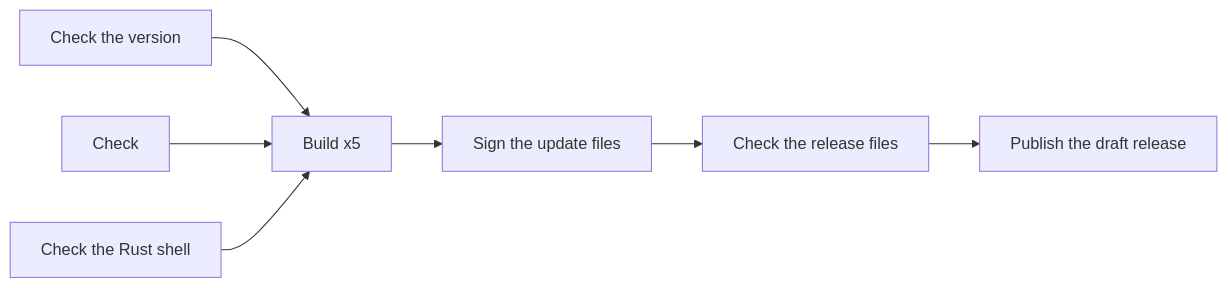
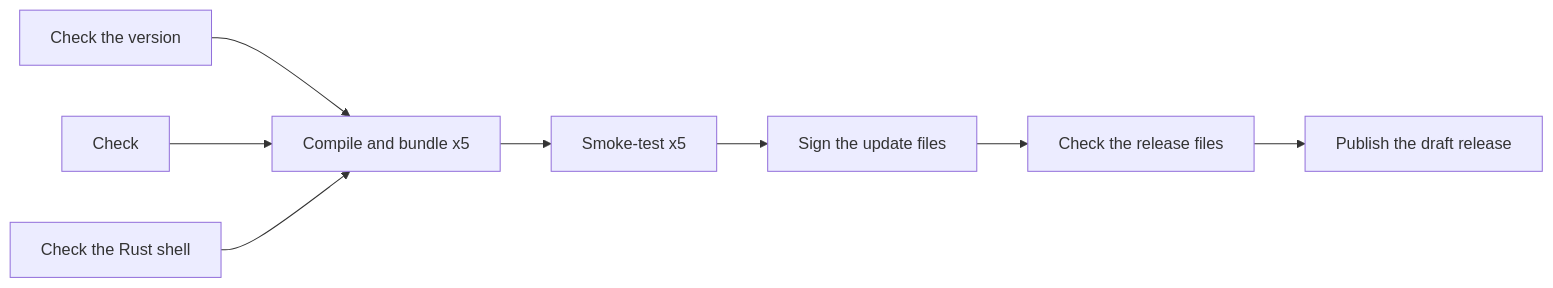
One commit to bchTrackunit/pr-quest changed the diagram in RELEASING.md. Above: the diagram before and after it, drawn with Mermaid. The commit also changed other lines of this file and 1 other file, not shown here.

First line of the commit message:
ci(release): run the built app only in a smoke job without secrets

````diff
--- a/RELEASING.md
+++ b/RELEASING.md
@@ -12,9 +12,10 @@
 ```mermaid
 flowchart LR
   verify["Check the version"] --> build
   check["Check"] --> build
   checkDesktop["Check the Rust shell"] --> build
-  build["Build x5"] --> signUpdates["Sign the update files"]
+  build["Compile and bundle x5"] --> smoke["Smoke-test x5"]
+  smoke --> signUpdates["Sign the update files"]
   signUpdates --> assets["Check the release files"]
   assets --> publish["Publish the draft release"]
 ```
````
